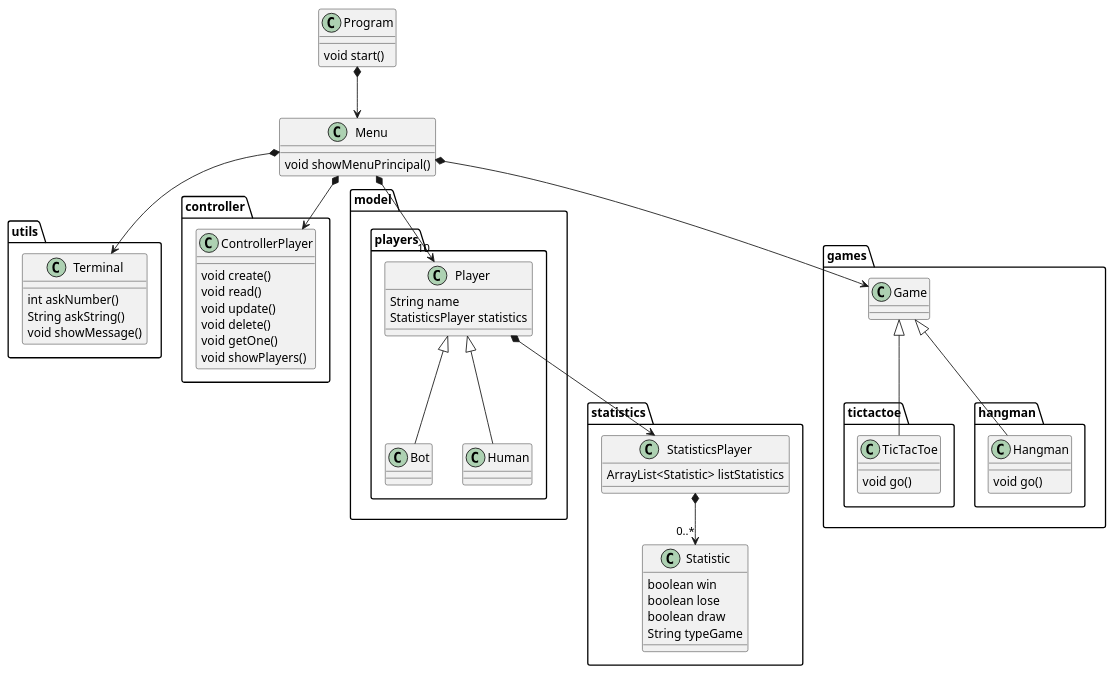
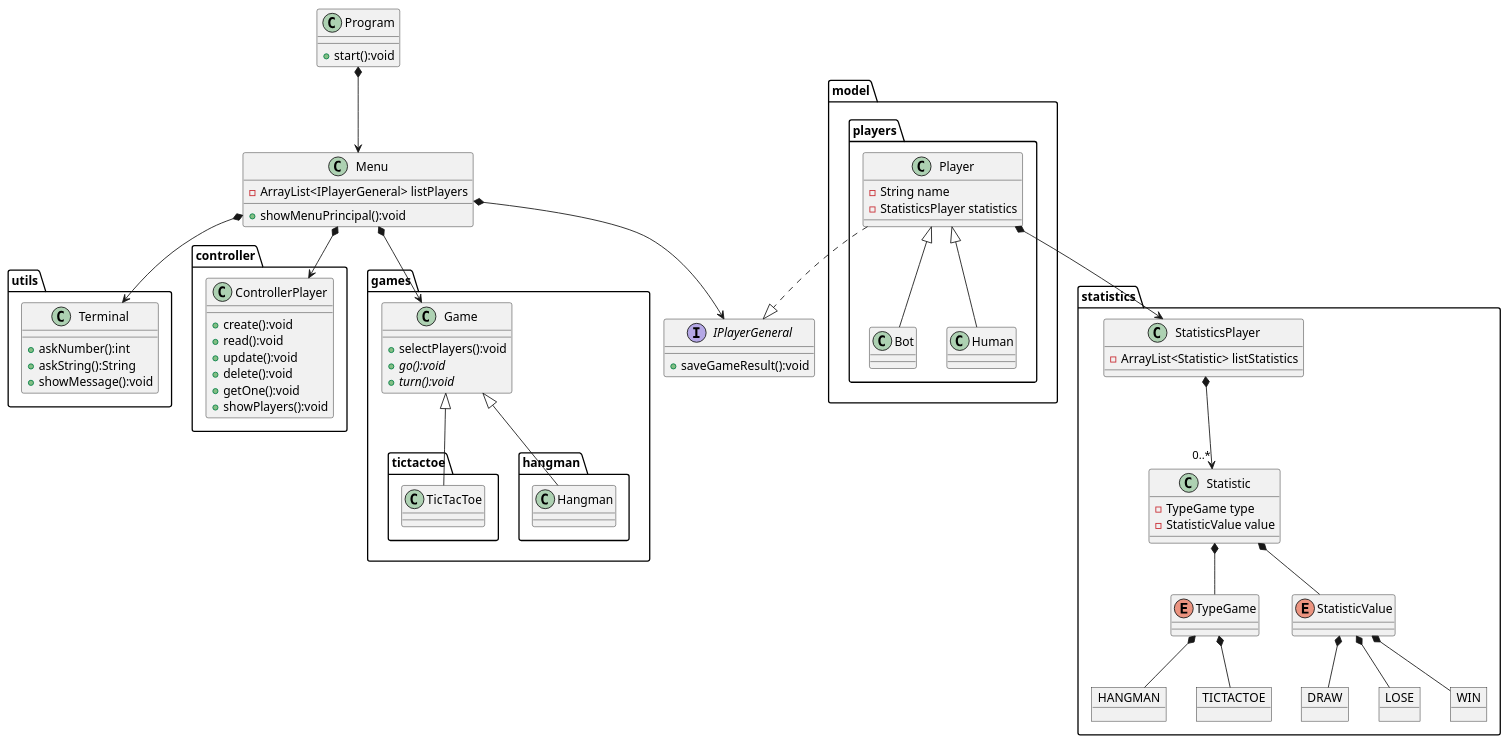
One commit to LouisGonzalez/ExcerciseGames-ItFundamentals changed the diagram in docs/ClassDiagramGeneral.wsd. Above: the diagram before and after it, drawn with PlantUML. The commit also changed 1 other file, not shown here.

```diff
--- a/docs/ClassDiagramGeneral.wsd
+++ b/docs/ClassDiagramGeneral.wsd
@@ -1,111 +1,136 @@
 @startuml ClassHangman
 
 class Program {
-    void start()
+    +start():void
 }
 
 class Menu {
-    void showMenuPrincipal()
+    -ArrayList<IPlayerGeneral> listPlayers
+    +showMenuPrincipal():void
+}
+
+interface IPlayerGeneral{
+    +saveGameResult():void
 }
 
 package utils {
 
     class Terminal {
-        int askNumber()
-        String askString()
-        void showMessage()
+        +askNumber():int
+        +askString():String
+        +showMessage():void
     }
 
 }
 
 package controller {
 
     class ControllerPlayer{
-        void create()
-        void read()
-        void update()
-        void delete()
-        void getOne()
-        void showPlayers()
+        +create():void
+        +read():void
+        +update():void
+        +delete():void
+        +getOne():void
+        +showPlayers():void
     }
 
 }
 
 package model {
 
     package players {
 
         class Player {
-            String name
-            StatisticsPlayer statistics
+            -String name
+            -StatisticsPlayer statistics
         }
 
         class Bot {
 
         }
 
         class Human {
 
         }
 
     }
 
 }
 
 package games {
 
-    class Game{}
+    class Game{
+        +selectPlayers():void
+        +{abstract}go():void
+        +{abstract}turn():void
+    }
 
     package tictactoe{
 
         class TicTacToe{
-            void go()
         }
 
     }
 
     package hangman {
 
         class Hangman{
-            void go()
         }
 
     }
 
 }
 
 package statistics {
 
     class StatisticsPlayer {
-        ArrayList<Statistic> listStatistics
+        -ArrayList<Statistic> listStatistics
     }
 
     class Statistic {
-        boolean win
-        boolean lose 
-        boolean draw
-        String typeGame
+        -TypeGame type
+        -StatisticValue value
     }
+
+    enum TypeGame {}
+    object HANGMAN
+    object TICTACTOE
+
+    enum StatisticValue {}
+    object DRAW
+    object LOSE
+    object WIN
 
 }
 
 
 
 Program *--> Menu
 
 Menu *--> Terminal
 Menu *--> ControllerPlayer
 Menu *--> Game
-Menu *--> "10" Player
+Menu *--> IPlayerGeneral
 
 Hangman -up-|> Game
 TicTacToe -up-|> Game 
 
 Player *--> StatisticsPlayer
 StatisticsPlayer *--> "0..*" Statistic
 
 Bot -up-|> Player
 Human -up-|> Player
 
+Player ..|> IPlayerGeneral
+
+Statistic *-- TypeGame
+TypeGame *-- HANGMAN 
+TypeGame *-- TICTACTOE
+
+Statistic *-- StatisticValue
+StatisticValue *-- DRAW
+StatisticValue *-- LOSE 
+StatisticValue *-- WIN
+
 
 @enduml
```
